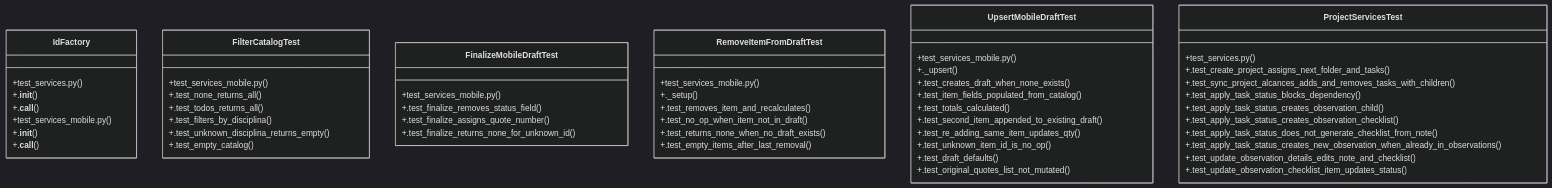
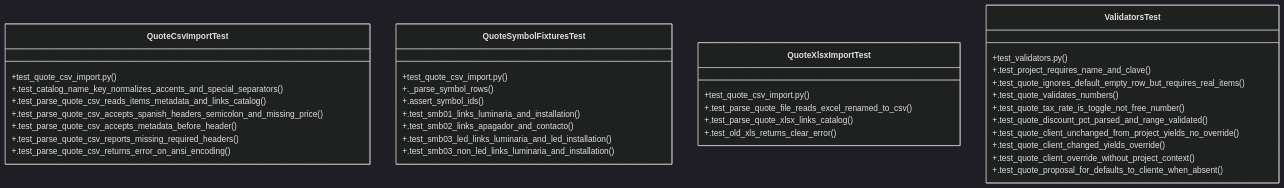
The diagram in graphify-out/wiki/Community_3.md (Daftrick/ProjectTracker), drawn with Mermaid (dark theme) before and after one commit. The commit also changed other lines of this file and 522 other files, not shown here.

````diff
--- a/graphify-out/wiki/Community_3.md
+++ b/graphify-out/wiki/Community_3.md
@@ -36,59 +36,39 @@
 ```mermaid
 classDiagram
-    class IdFactory {
-        +test_services.py()
-        +.__init__()
-        +.__call__()
+    class QuoteCsvImportTest {
+        +test_quote_csv_import.py()
+        +.test_catalog_name_key_normalizes_accents_and_special_separators()
+        +.test_parse_quote_csv_reads_items_metadata_and_links_catalog()
+        +.test_parse_quote_csv_accepts_spanish_headers_semicolon_and_missing_price()
+        +.test_parse_quote_csv_accepts_metadata_before_header()
+        +.test_parse_quote_csv_reports_missing_required_headers()
+        +.test_parse_quote_csv_returns_error_on_ansi_encoding()
     }
-    class FilterCatalogTest {
-        +test_services_mobile.py()
-        +.test_none_returns_all()
-        +.test_todos_returns_all()
-        +.test_filters_by_disciplina()
-        +.test_unknown_disciplina_returns_empty()
-        +.test_empty_catalog()
+    class QuoteSymbolFixturesTest {
+        +test_quote_csv_import.py()
+        +._parse_symbol_rows()
+        +.assert_symbol_ids()
+        +.test_smb01_links_luminaria_and_installation()
+        +.test_smb02_links_apagador_and_contacto()
+        +.test_smb03_led_links_luminaria_and_led_installation()
+        +.test_smb03_non_led_links_luminaria_and_installation()
     }
-    class FinalizeMobileDraftTest {
-        +test_services_mobile.py()
-        +.test_finalize_removes_status_field()
-        +.test_finalize_assigns_quote_number()
-        +.test_finalize_returns_none_for_unknown_id()
+    class QuoteXlsxImportTest {
+        +test_quote_csv_import.py()
+        +.test_parse_quote_file_reads_excel_renamed_to_csv()
+        +.test_parse_quote_xlsx_links_catalog()
+        +.test_old_xls_returns_clear_error()
     }
-    class IdFactory {
-        +test_services_mobile.py()
-        +.__init__()
-        +.__call__()
-    }
-    class RemoveItemFromDraftTest {
-        +test_services_mobile.py()
-        +._setup()
-        +.test_removes_item_and_recalculates()
-        +.test_no_op_when_item_not_in_draft()
-        +.test_returns_none_when_no_draft_exists()
-        +.test_empty_items_after_last_removal()
-    }
-    class UpsertMobileDraftTest {
-        +test_services_mobile.py()
-        +._upsert()
-        +.test_creates_draft_when_none_exists()
-        +.test_item_fields_populated_from_catalog()
-        +.test_totals_calculated()
-        +.test_second_item_appended_to_existing_draft()
-        +.test_re_adding_same_item_updates_qty()
-        +.test_unknown_item_id_is_no_op()
-        +.test_draft_defaults()
-        +.test_original_quotes_list_not_mutated()
-    }
-    class ProjectServicesTest {
-        +test_services.py()
-        +.test_create_project_assigns_next_folder_and_tasks()
-        +.test_sync_project_alcances_adds_and_removes_tasks_with_children()
-        +.test_apply_task_status_blocks_dependency()
-        +.test_apply_task_status_creates_observation_child()
-        +.test_apply_task_status_creates_observation_checklist()
-        +.test_apply_task_status_does_not_generate_checklist_from_note()
-        +.test_apply_task_status_creates_new_observation_when_already_in_observations()
-        +.test_update_observation_details_edits_note_and_checklist()
-        +.test_update_observation_checklist_item_updates_status()
+    class ValidatorsTest {
+        +test_validators.py()
+        +.test_project_requires_name_and_clave()
+        +.test_quote_ignores_default_empty_row_but_requires_real_items()
+        +.test_quote_validates_numbers()
+        +.test_quote_tax_rate_is_toggle_not_free_number()
+        +.test_quote_discount_pct_parsed_and_range_validated()
+        +.test_quote_client_unchanged_from_project_yields_no_override()
+        +.test_quote_client_changed_yields_override()
+        +.test_quote_client_override_without_project_context()
+        +.test_quote_proposal_for_defaults_to_cliente_when_absent()
     }
 ```
````
